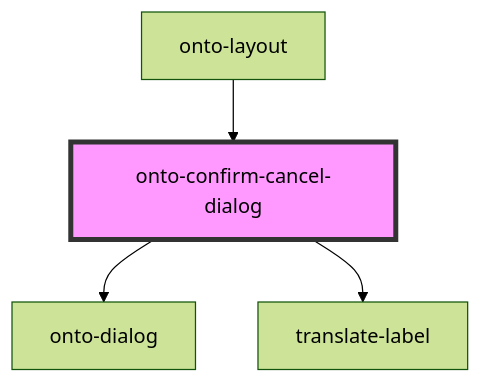
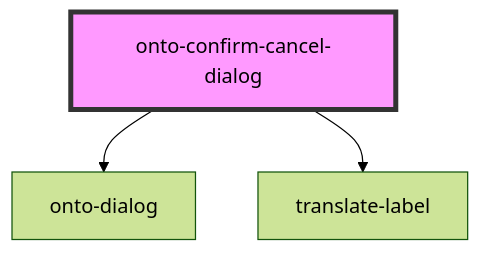
The diagram in packages/shared-components/src/components/dialogs/onto-confirm-cancel-dialog/readme.md (Ontotext-AD/graphdb-workbench), drawn with Mermaid (forest theme) before and after one commit. The commit also changed other lines of this file and 9 other files, not shown here.

````diff
--- a/packages/shared-components/src/components/dialogs/onto-confirm-cancel-dialog/readme.md
+++ b/packages/shared-components/src/components/dialogs/onto-confirm-cancel-dialog/readme.md
@@ -20,7 +16,6 @@
 ```mermaid
 graph TD;
   onto-confirm-cancel-dialog --> onto-dialog
   onto-confirm-cancel-dialog --> translate-label
-  onto-layout --> onto-confirm-cancel-dialog
   style onto-confirm-cancel-dialog fill:#f9f,stroke:#333,stroke-width:4px
 ```
````
